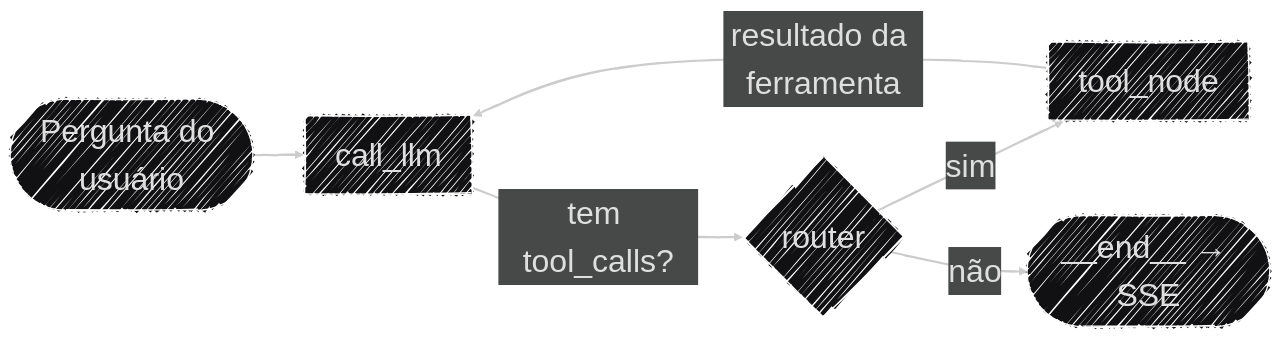
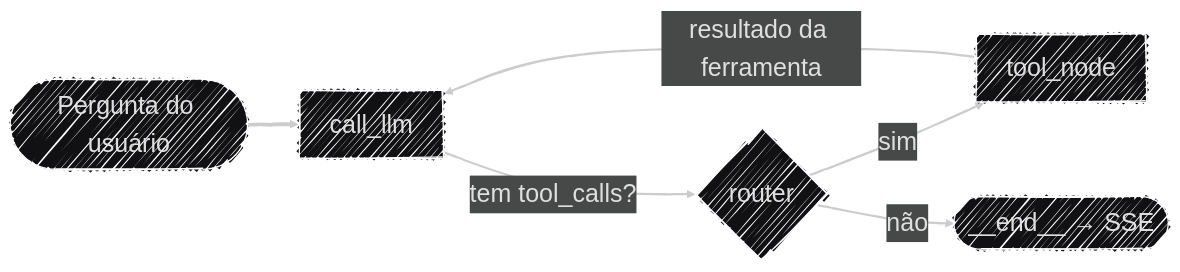
One commit to Moreira-89/auditor-cidadao changed the diagram in docs/arquitetura/visao_geral.md. Above: the diagram before and after it, drawn with Mermaid. The commit also changed other lines of this file and 14 other files, not shown here.

````diff
--- a/docs/arquitetura/visao_geral.md
+++ b/docs/arquitetura/visao_geral.md
@@ -15,18 +15,18 @@
 ```mermaid
 ---
 config:
   layout: dagre
   theme: redux-dark
   look: handDrawn
   fontFamily: '''Source Code Pro Variable'', monospace'
   themeVariables:
     fontFamily: '''Source Code Pro Variable'', monospace'
-    fontSize: '32px'
+    fontSize: 25px
 ---
 flowchart LR
-    ENTRADA(["Pergunta do usuário"]) --> LLM["call_llm"]
-    LLM -->|"tem tool_calls?"| ROUTER{"router"}
-    ROUTER -->|"sim"| TOOLS["tool_node"]
-    ROUTER -->|"não"| FIM(["__end__ → SSE"])
-    TOOLS -->|"resultado da ferramenta"| LLM
+    ENTRADA(["Pergunta do usuário"]) ==> LLM["call_llm"]
+    LLM -- tem tool_calls? --> ROUTER{"router"}
+    ROUTER -- sim --> TOOLS["tool_node"]
+    ROUTER -- não --> FIM(["__end__ → SSE"])
+    TOOLS -- resultado da ferramenta --> LLM
 ```
````
